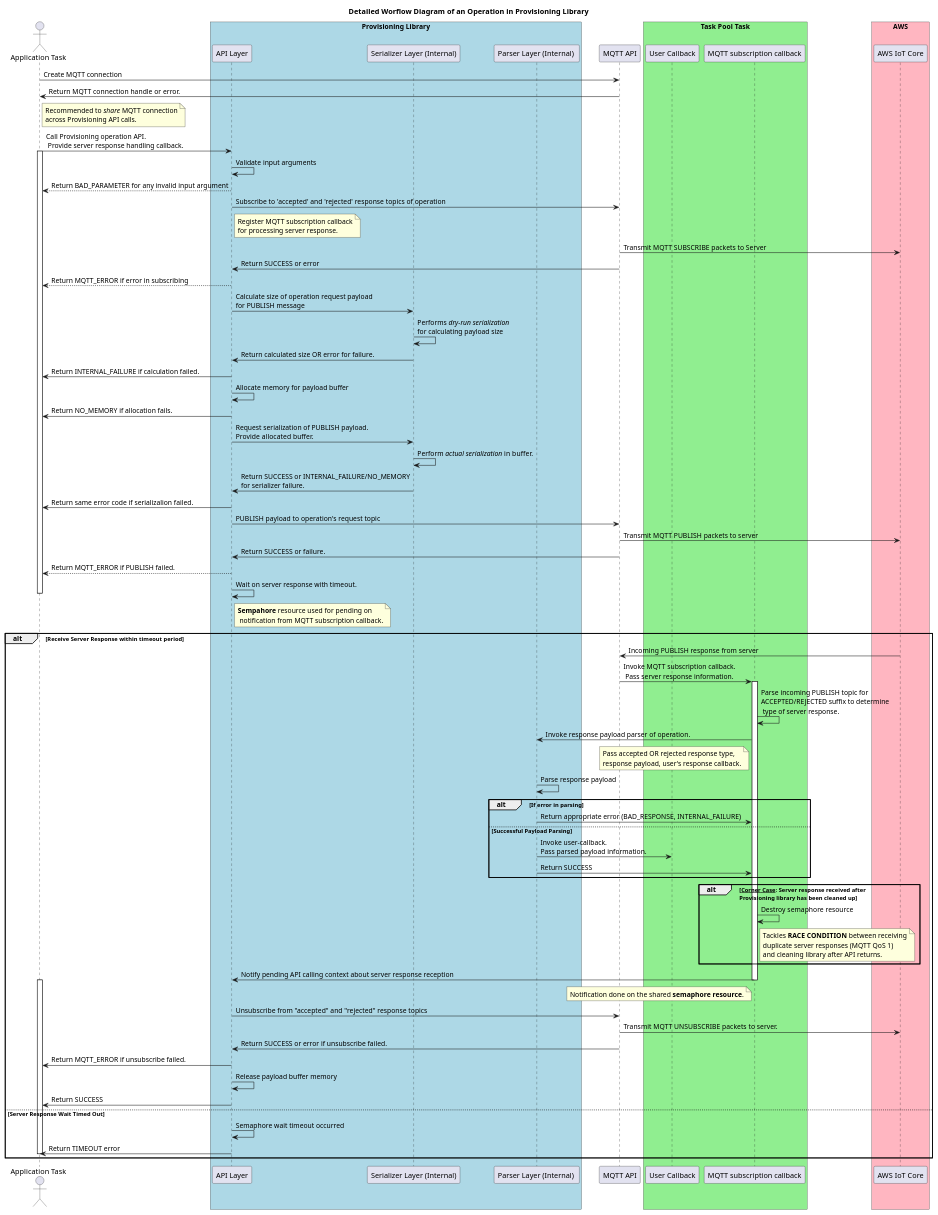
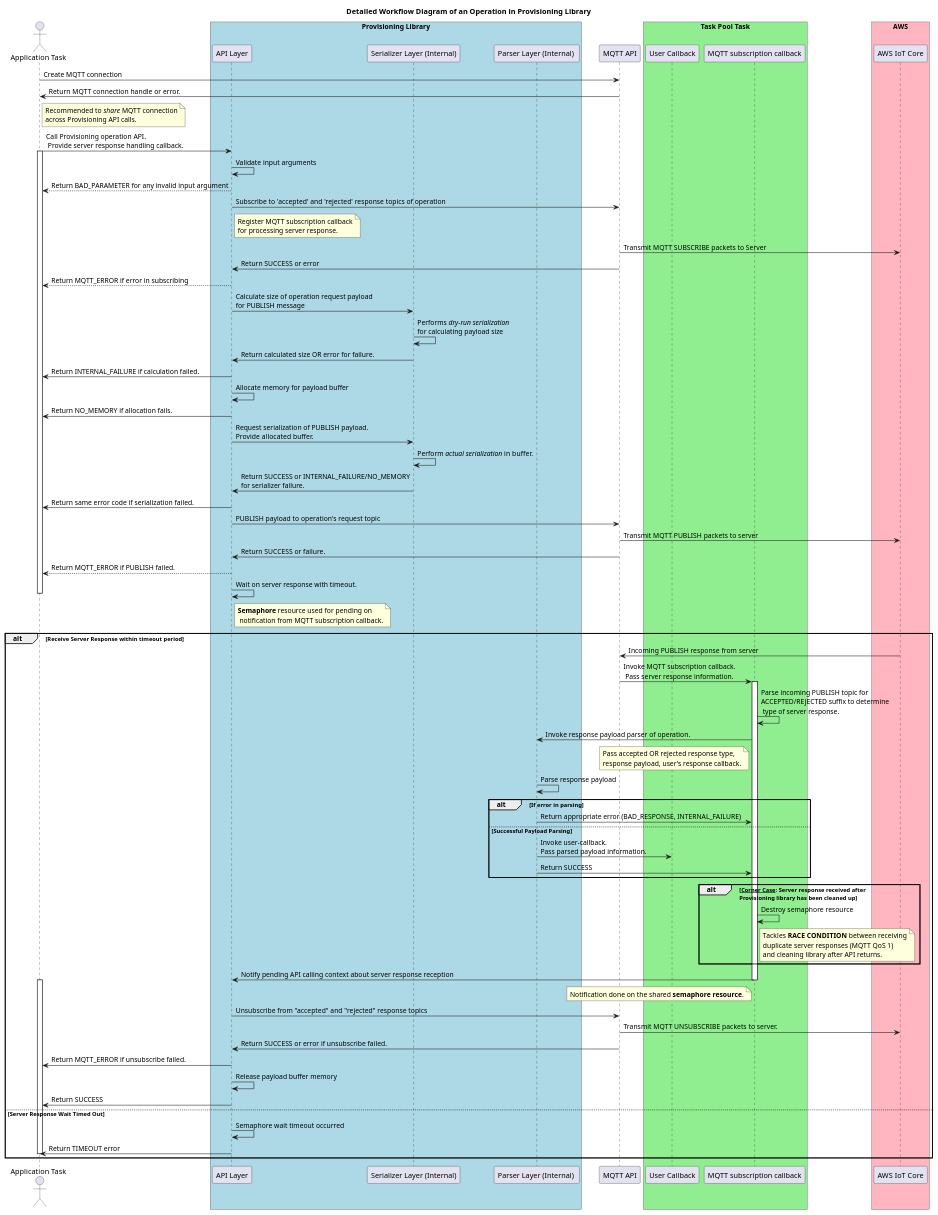
Before and after one commit to aws/aws-iot-device-sdk-embedded-C: the diagram in doc/plantuml/provisioning_operation_detailed_design.pu, drawn with PlantUML. The commit also changed 21 other files, not shown here.

```diff
--- a/doc/plantuml/provisioning_operation_detailed_design.pu
+++ b/doc/plantuml/provisioning_operation_detailed_design.pu
@@ -1,103 +1,103 @@
 @startuml
 
-title Detailed Worflow Diagram of an Operation in Provisioning Library
+title Detailed Workflow Diagram of an Operation in Provisioning Library
 
 skinparam classFontSize 8
 skinparam classFontName Helvetica
 
 actor "Application Task" as app
 
 box "Provisioning Library" #LightBlue
 participant "API Layer" as provisioning
 participant "Serializer Layer (Internal)" as serializer
 participant "Parser Layer (Internal) " as parser
 end box
 
 participant "MQTT API" as mqtt
 
 box "Task Pool Task" #LightGreen
 participant "User Callback" as userCallback
 participant "MQTT subscription callback" as callback
 end box
 
 box "AWS" #LightPink
 participant "AWS IoT Core" as aws
 end box
 
 app -> mqtt: Create MQTT connection
 mqtt -> app: Return MQTT connection handle or error.
 note right of app: Recommended to <i>share</i> MQTT connection\nacross Provisioning API calls.
 
 app -> provisioning: Call Provisioning operation API.\n Provide server response handling callback.
 activate app
 
 provisioning -> provisioning: Validate input arguments
 provisioning --> app: Return BAD_PARAMETER for any invalid input argument
 
 provisioning -> mqtt: Subscribe to 'accepted' and 'rejected' response topics of operation
 note right of provisioning: Register MQTT subscription callback\nfor processing server response.
 
 mqtt -> aws: Transmit MQTT SUBSCRIBE packets to Server
 mqtt -> provisioning: Return SUCCESS or error
 provisioning --> app: Return MQTT_ERROR if error in subscribing
 
 provisioning -> serializer: Calculate size of operation request payload\nfor PUBLISH message
 serializer -> serializer: Performs <i>dry-run serialization</i>\nfor calculating payload size
 serializer -> provisioning: Return calculated size OR error for failure.
 provisioning -> app: Return INTERNAL_FAILURE if calculation failed.
 
 provisioning -> provisioning: Allocate memory for payload buffer
 provisioning -> app: Return NO_MEMORY if allocation fails.
 
 provisioning -> serializer: Request serialization of PUBLISH payload. \nProvide allocated buffer.  
 serializer -> serializer: Perform <i>actual serialization</i> in buffer.
 serializer -> provisioning: Return SUCCESS or INTERNAL_FAILURE/NO_MEMORY\nfor serializer failure.
-provisioning -> app: Return same error code if serializalion failed.
+provisioning -> app: Return same error code if serialization failed.
 
 provisioning -> mqtt: PUBLISH payload to operation's request topic
 mqtt -> aws: Transmit MQTT PUBLISH packets to server
 mqtt -> provisioning: Return SUCCESS or failure.
 provisioning --> app: Return MQTT_ERROR if PUBLISH failed.
 
 provisioning -> provisioning: Wait on server response with timeout.
-note right of provisioning: <b>Sempahore</b> resource used for pending on\n notification from MQTT subscription callback.
+note right of provisioning: <b>Semaphore</b> resource used for pending on\n notification from MQTT subscription callback.
 deactivate app
 alt Receive Server Response within timeout period
 aws -> mqtt : Incoming PUBLISH response from server
 mqtt -> callback: Invoke MQTT subscription callback.\n Pass server response information.
 activate callback
 callback -> callback: Parse incoming PUBLISH topic for\nACCEPTED/REJECTED suffix to determine\n type of server response.
 callback -> parser: Invoke response payload parser of operation.
 note left of callback: Pass accepted OR rejected response type,\nresponse payload, user's response callback.
 parser -> parser: Parse response payload
 alt If error in parsing
 parser -> callback: Return appropriate error (BAD_RESPONSE, INTERNAL_FAILURE)
 else Successful Payload Parsing
 parser -> userCallback: Invoke user-callback.\nPass parsed payload information.
 parser -> callback: Return SUCCESS
 end alt
 alt <u>Corner Case</u>: Server response received after\nProvisioning library has been cleaned up
 callback -> callback: Destroy semaphore resource
 note right of callback: Tackles <b>RACE CONDITION</b> between receiving\nduplicate server responses (MQTT QoS 1)\nand cleaning library after API returns.
 end alt
 callback -> provisioning: Notify pending API calling context about server response reception
 note left of callback: Notification done on the shared <b>semaphore resource</b>.
 
 deactivate callback
 activate app
 
 provisioning -> mqtt: Unsubscribe from "accepted" and "rejected" response topics
 mqtt -> aws: Transmit MQTT UNSUBSCRIBE packets to server.
 mqtt -> provisioning: Return SUCCESS or error if unsubscribe failed.
 provisioning -> app: Return MQTT_ERROR if unsubscribe failed.
 
 provisioning -> provisioning: Release payload buffer memory
 provisioning -> app: Return SUCCESS
 
 else Server Response Wait Timed Out
 provisioning -> provisioning: Semaphore wait timeout occurred
 provisioning -> app: Return TIMEOUT error
 deactivate app
 end alt
 
 @enduml
```
